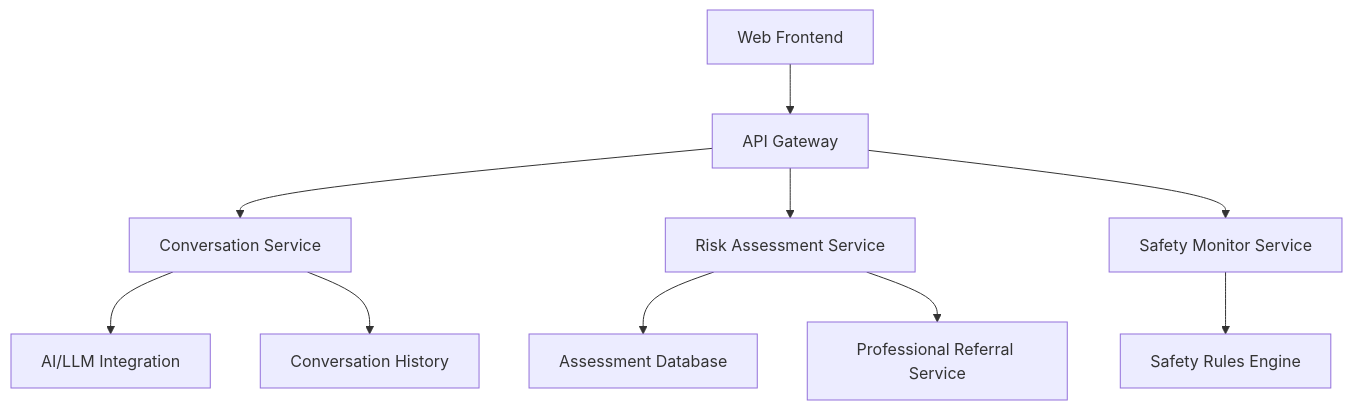
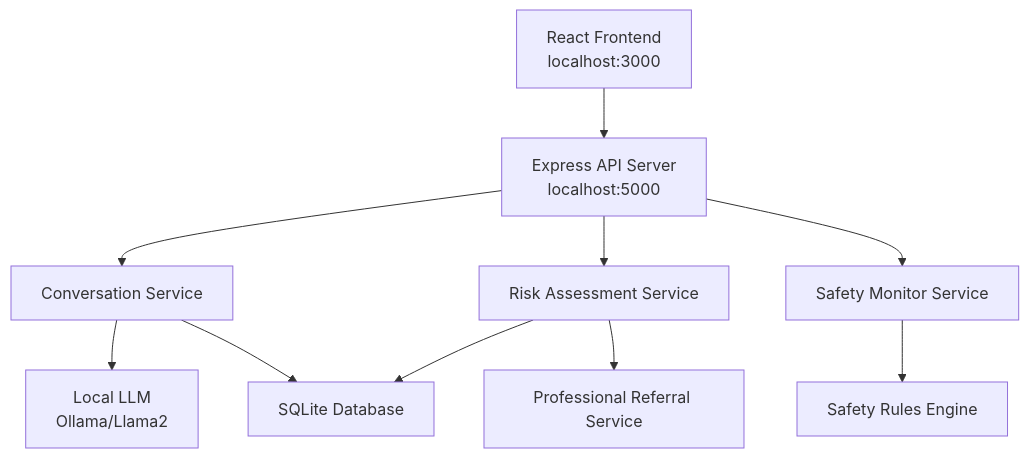
One commit to plsdunguesss/AWS_Hackathon changed the diagram in .kiro/specs/mental-health-assistant/design.md. Above: the diagram before and after it, drawn with Mermaid. The commit also changed other lines of this file, not shown here.

````diff
--- a/.kiro/specs/mental-health-assistant/design.md
+++ b/.kiro/specs/mental-health-assistant/design.md
@@ -13,12 +13,12 @@
 ```mermaid
 graph TB
-    A[Web Frontend] --> B[API Gateway]
+    A[React Frontend<br/>localhost:3000] --> B[Express API Server<br/>localhost:5000]
     B --> C[Conversation Service]
     B --> D[Risk Assessment Service]
     B --> E[Safety Monitor Service]
-    C --> F[AI/LLM Integration]
-    D --> G[Assessment Database]
+    C --> F[Local LLM<br/>Ollama/Llama2]
+    D --> G[SQLite Database]
     E --> H[Safety Rules Engine]
-    C --> I[Conversation History]
+    C --> G
     D --> J[Professional Referral Service]
 ```
````
